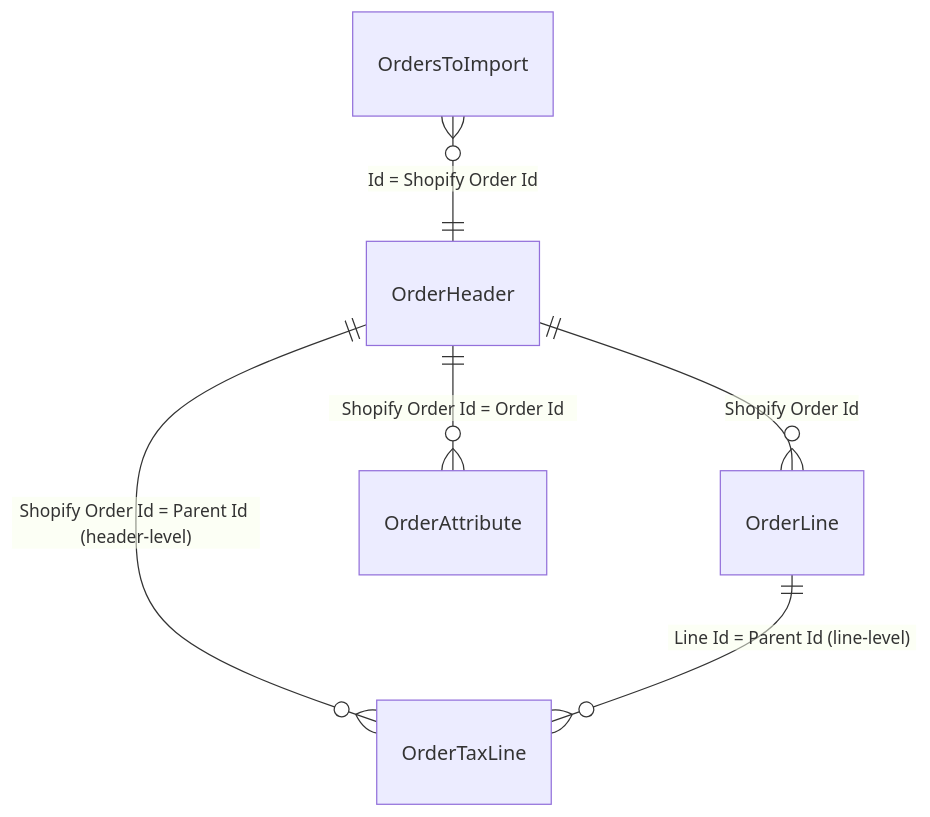
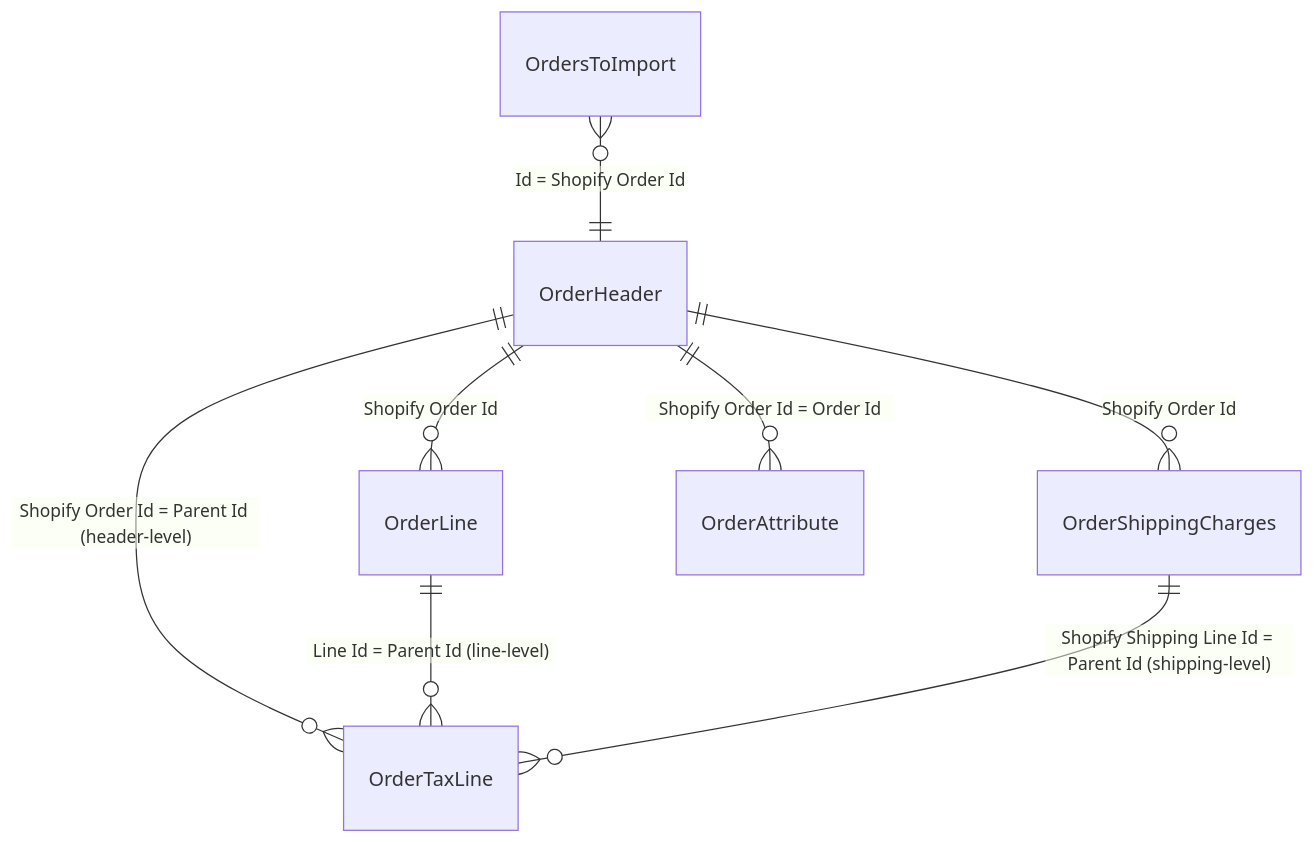
One commit to StefanMaron/MSDyn365BC.Sandbox.Code.History changed the diagram in Shopify Connector/src/Order handling/docs/data-model.md. Above: the diagram before and after it, drawn with Mermaid. The commit also changed other lines of this file and 407 other files, not shown here.

````diff
--- a/Shopify Connector/src/Order handling/docs/data-model.md
+++ b/Shopify Connector/src/Order handling/docs/data-model.md
@@ -5,8 +5,10 @@
 ```mermaid
 erDiagram
     OrderHeader ||--o{ OrderLine : "Shopify Order Id"
     OrderHeader ||--o{ OrderTaxLine : "Shopify Order Id = Parent Id (header-level)"
     OrderLine ||--o{ OrderTaxLine : "Line Id = Parent Id (line-level)"
+    OrderHeader ||--o{ OrderShippingCharges : "Shopify Order Id"
+    OrderShippingCharges ||--o{ OrderTaxLine : "Shopify Shipping Line Id = Parent Id (shipping-level)"
     OrdersToImport }o--|| OrderHeader : "Id = Shopify Order Id"
     OrderHeader ||--o{ OrderAttribute : "Shopify Order Id = Order Id"
 ```
````
